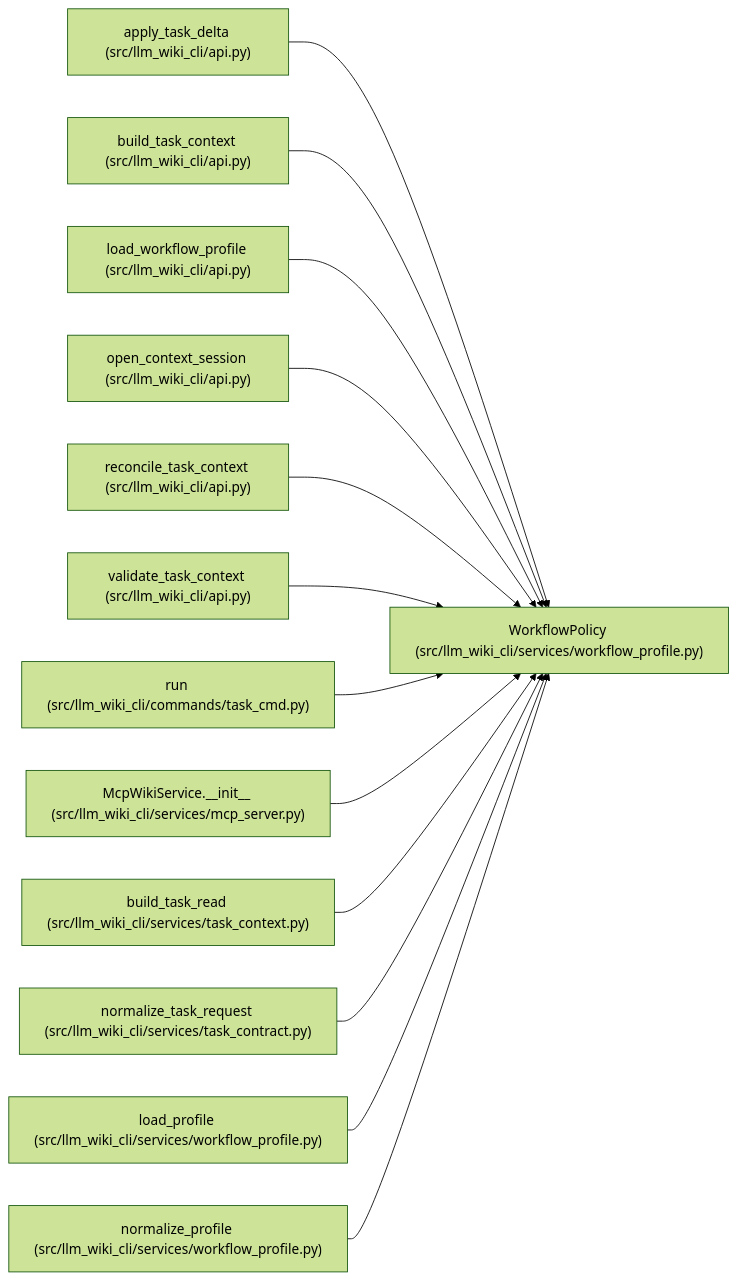
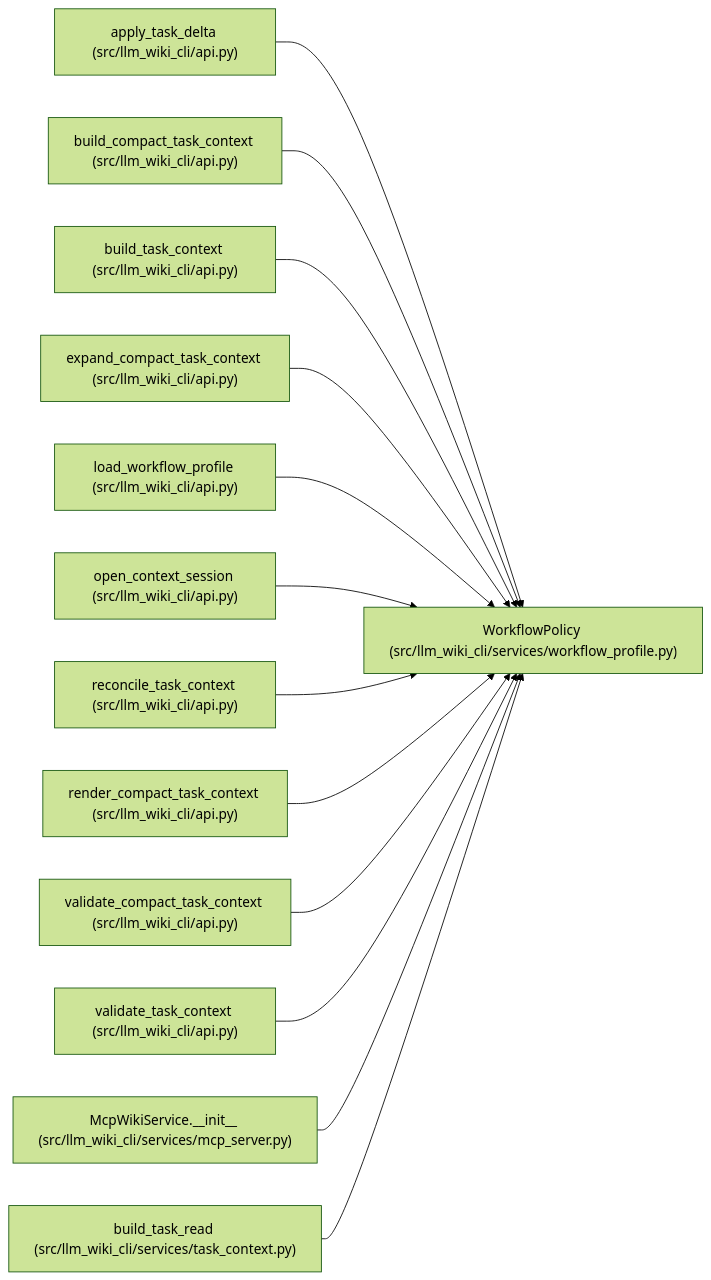
The diagram in docs/llm_wiki/entities/WorkflowPolicy.md (Denissvgn/python-wiki-llm), drawn with Mermaid (forest theme) before and after one commit. The commit also changed other lines of this file and 1410 other files, not shown here.

First line of the commit message:
Add source-grounded task guides and re-anchor the maintained wiki

````diff
--- a/docs/llm_wiki/entities/WorkflowPolicy.md
+++ b/docs/llm_wiki/entities/WorkflowPolicy.md
@@ -38,41 +38,41 @@
 ```mermaid
 flowchart LR
     n0["WorkflowPolicy (src/llm_wiki_cli/services/workflow_profile.py)"]
     n1["apply_task_delta (src/llm_wiki_cli/api.py)"]
-    n2["build_task_context (src/llm_wiki_cli/api.py)"]
-    n3["load_workflow_profile (src/llm_wiki_cli/api.py)"]
-    n4["open_context_session (src/llm_wiki_cli/api.py)"]
-    n5["reconcile_task_context (src/llm_wiki_cli/api.py)"]
-    n6["validate_task_context (src/llm_wiki_cli/api.py)"]
-    n7["run (src/llm_wiki_cli/commands/task_cmd.py)"]
-    n8["McpWikiService.__init__ (src/llm_wiki_cli/services/mcp_server.py)"]
-    n9["build_task_read (src/llm_wiki_cli/services/task_context.py)"]
-    n10["normalize_task_request (src/llm_wiki_cli/services/task_contract.py)"]
-    n11["load_profile (src/llm_wiki_cli/services/workflow_profile.py)"]
-    n12["normalize_profile (src/llm_wiki_cli/services/workflow_profile.py)"]
+    n2["build_compact_task_context (src/llm_wiki_cli/api.py)"]
+    n3["build_task_context (src/llm_wiki_cli/api.py)"]
+    n4["expand_compact_task_context (src/llm_wiki_cli/api.py)"]
+    n5["load_workflow_profile (src/llm_wiki_cli/api.py)"]
+    n6["open_context_session (src/llm_wiki_cli/api.py)"]
+    n7["reconcile_task_context (src/llm_wiki_cli/api.py)"]
+    n8["render_compact_task_context (src/llm_wiki_cli/api.py)"]
+    n9["validate_compact_task_context (src/llm_wiki_cli/api.py)"]
+    n10["validate_task_context (src/llm_wiki_cli/api.py)"]
+    n11["McpWikiService.__init__ (src/llm_wiki_cli/services/mcp_server.py)"]
+    n12["build_task_read (src/llm_wiki_cli/services/task_context.py)"]
     n1 --> n0
     n2 --> n0
     n3 --> n0
     n4 --> n0
     n5 --> n0
     n6 --> n0
     n7 --> n0
     n8 --> n0
     n9 --> n0
     n10 --> n0
     n11 --> n0
     n12 --> n0
     click n0 "../modules/workflow_profile.md"
     click n1 "../modules/api.md"
     click n2 "../modules/api.md"
     click n3 "../modules/api.md"
     click n4 "../modules/api.md"
     click n5 "../modules/api.md"
     click n6 "../modules/api.md"
-    click n7 "../modules/task_cmd.md"
-    click n8 "../modules/mcp_server.md"
-    click n9 "../modules/task_context.md"
-    click n10 "../modules/task_contract.md"
-    click n11 "../modules/workflow_profile.md"
-    click n12 "../modules/workflow_profile.md"
+    click n7 "../modules/api.md"
+    click n8 "../modules/api.md"
+    click n9 "../modules/api.md"
+    click n10 "../modules/api.md"
+    click n11 "../modules/mcp_server.md"
+    click n12 "../modules/task_context.md"
 ```
````
